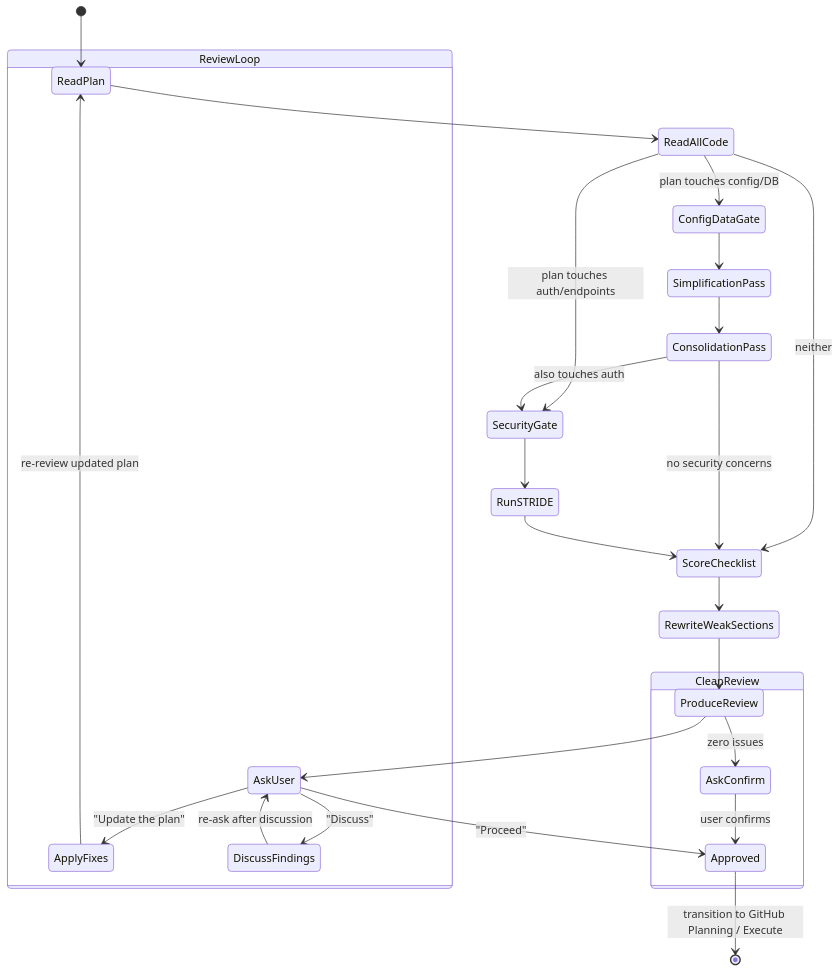
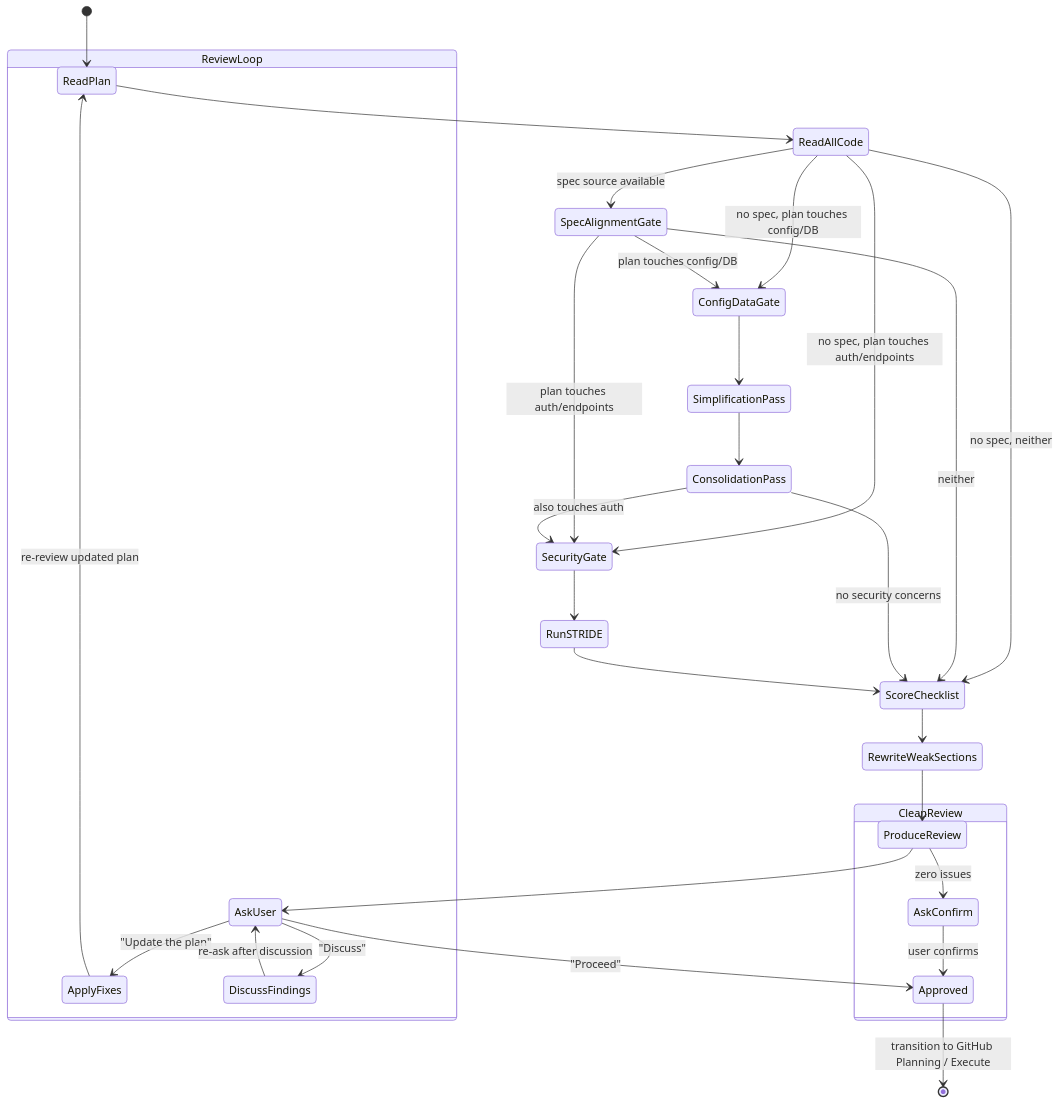
Before and after one commit to paixaop/my-claude-skills: the diagram in plugins/pmp/skills/plan-review/references/review.md, drawn with Mermaid. The commit also changed other lines of this file and 20 other files, not shown here.

````diff
--- a/plugins/pmp/skills/plan-review/references/review.md
+++ b/plugins/pmp/skills/plan-review/references/review.md
@@ -9,36 +9,41 @@
 ```mermaid
 stateDiagram-v2
     [*] --> ReadPlan
     ReadPlan --> ReadAllCode
-    ReadAllCode --> ConfigDataGate : plan touches config/DB
-    ReadAllCode --> SecurityGate : plan touches auth/endpoints
-    ReadAllCode --> ScoreChecklist : neither
+    ReadAllCode --> SpecAlignmentGate : spec source available
+    ReadAllCode --> ConfigDataGate : no spec, plan touches config/DB
+    ReadAllCode --> SecurityGate : no spec, plan touches auth/endpoints
+    ReadAllCode --> ScoreChecklist : no spec, neither
+
+    SpecAlignmentGate --> ConfigDataGate : plan touches config/DB
+    SpecAlignmentGate --> SecurityGate : plan touches auth/endpoints
+    SpecAlignmentGate --> ScoreChecklist : neither
 
     ConfigDataGate --> SimplificationPass
     SimplificationPass --> ConsolidationPass
     ConsolidationPass --> SecurityGate : also touches auth
     ConsolidationPass --> ScoreChecklist : no security concerns
 
     SecurityGate --> RunSTRIDE
     RunSTRIDE --> ScoreChecklist
 
     ScoreChecklist --> RewriteWeakSections
     RewriteWeakSections --> ProduceReview
 
     state ReviewLoop {
         ProduceReview --> AskUser
         AskUser --> ApplyFixes : "Update the plan"
         AskUser --> DiscussFindings : "Discuss"
         AskUser --> Approved : "Proceed"
 
         ApplyFixes --> ReadPlan : re-review updated plan
         DiscussFindings --> AskUser : re-ask after discussion
     }
 
     state CleanReview {
         ProduceReview --> AskConfirm : zero issues
         AskConfirm --> Approved : user confirms
     }
 
     Approved --> [*] : transition to GitHub Planning / Execute
 ```
````
